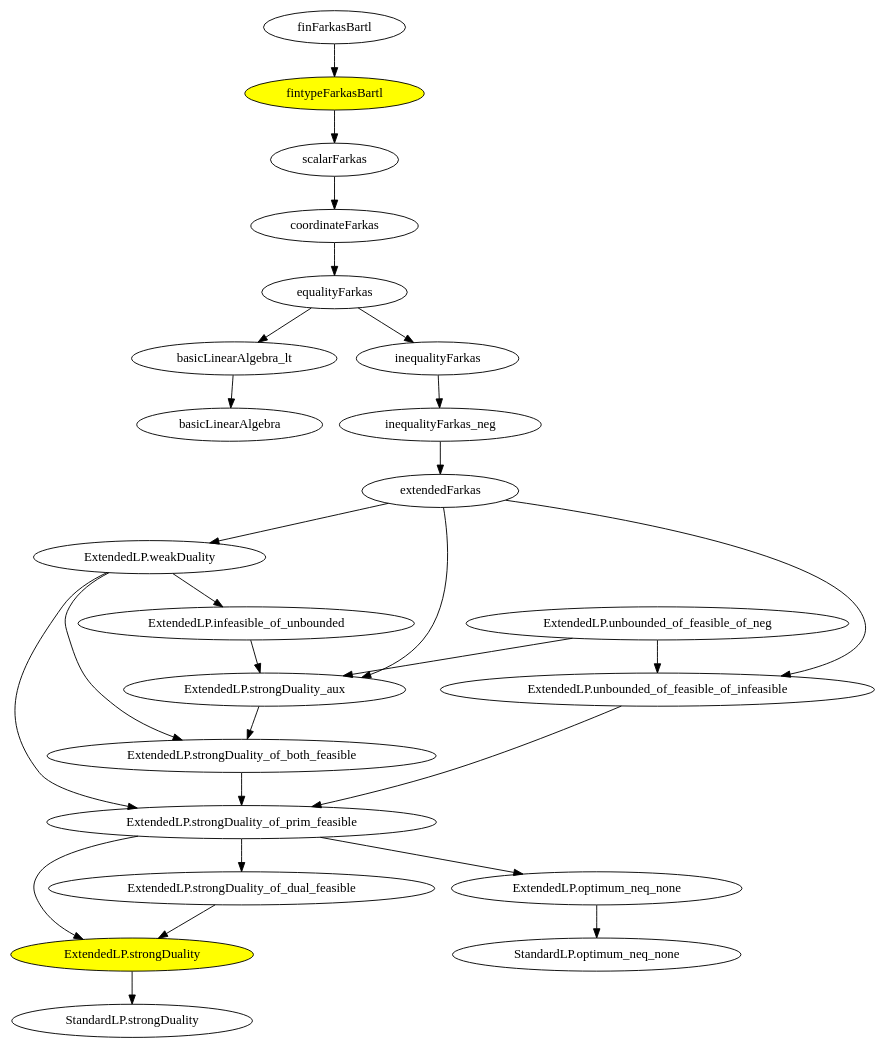
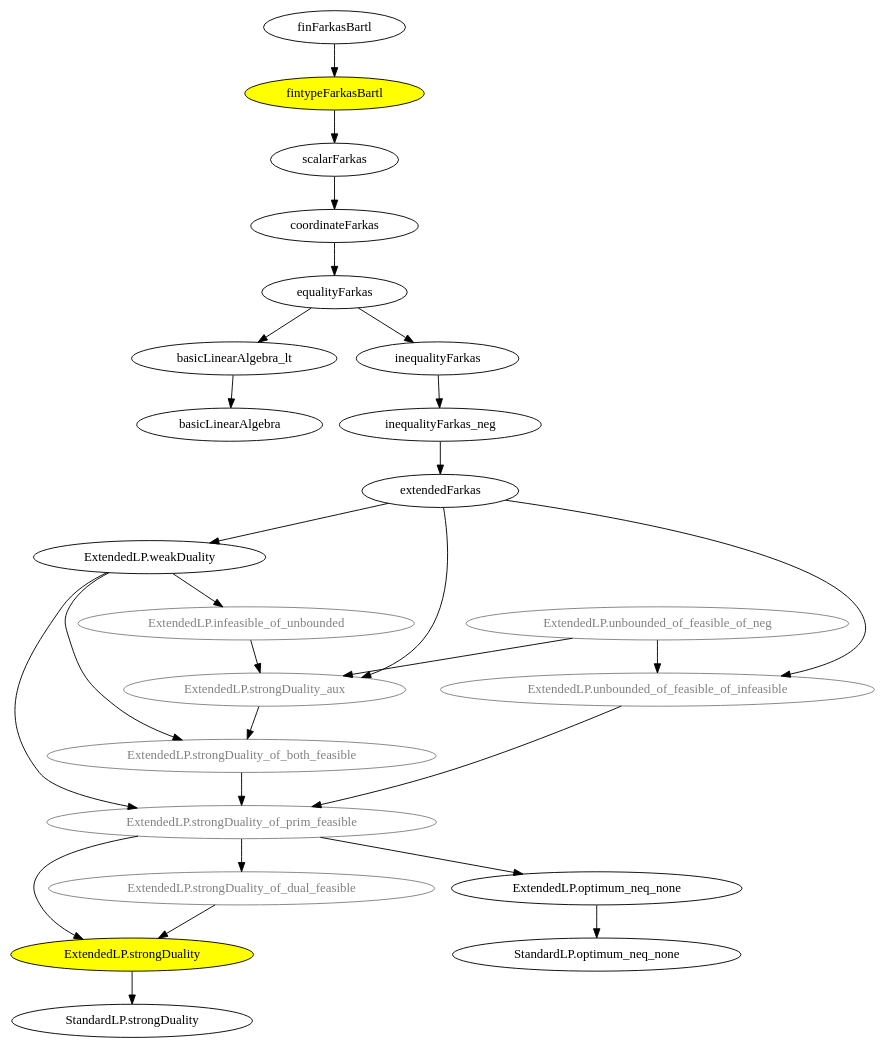
The diagram in theorems.dot (madvorak/duality), drawn with Graphviz before and after one commit. The commit also changed 4 other files, not shown here.

```diff
--- a/theorems.dot
+++ b/theorems.dot
@@ -1,31 +1,45 @@
 digraph G {
 
   finFarkasBartl -> fintypeFarkasBartl -> scalarFarkas -> coordinateFarkas -> equalityFarkas -> basicLinearAlgebra_lt -> basicLinearAlgebra 
 
   equalityFarkas -> inequalityFarkas -> inequalityFarkas_neg -> extendedFarkas -> "ExtendedLP.weakDuality"
   
   "ExtendedLP.strongDuality_aux" -> "ExtendedLP.strongDuality_of_both_feasible" -> "ExtendedLP.strongDuality_of_prim_feasible"
   
   extendedFarkas -> "ExtendedLP.strongDuality_aux"
   
   extendedFarkas -> "ExtendedLP.unbounded_of_feasible_of_infeasible"
   
   "ExtendedLP.weakDuality" -> "ExtendedLP.infeasible_of_unbounded" -> "ExtendedLP.strongDuality_aux"
   
   "ExtendedLP.weakDuality" -> "ExtendedLP.strongDuality_of_both_feasible"
   
   "ExtendedLP.weakDuality" -> "ExtendedLP.strongDuality_of_prim_feasible" -> "ExtendedLP.strongDuality_of_dual_feasible" -> "ExtendedLP.strongDuality"
   
   "ExtendedLP.strongDuality_of_prim_feasible" -> "ExtendedLP.strongDuality" -> "StandardLP.strongDuality"
   
   "ExtendedLP.unbounded_of_feasible_of_infeasible" -> "ExtendedLP.strongDuality_of_prim_feasible" -> "ExtendedLP.optimum_neq_none" -> "StandardLP.optimum_neq_none"
   
   "ExtendedLP.unbounded_of_feasible_of_neg" -> "ExtendedLP.strongDuality_aux"
   
   "ExtendedLP.unbounded_of_feasible_of_neg" -> "ExtendedLP.unbounded_of_feasible_of_infeasible"
   
   "fintypeFarkasBartl" [style=filled, fillcolor=yellow]
   
   "ExtendedLP.strongDuality" [style=filled, fillcolor=yellow]
+  
+  "ExtendedLP.infeasible_of_unbounded" [color=grey, fontcolor=grey]
+  
+  "ExtendedLP.strongDuality_aux" [color=grey, fontcolor=grey]
+  
+  "ExtendedLP.strongDuality_of_both_feasible" [color=grey, fontcolor=grey]
+  
+  "ExtendedLP.strongDuality_of_prim_feasible" [color=grey, fontcolor=grey]
+  
+  "ExtendedLP.strongDuality_of_dual_feasible" [color=grey, fontcolor=grey]
+  
+  "ExtendedLP.unbounded_of_feasible_of_neg" [color=grey, fontcolor=grey]
+  
+  "ExtendedLP.unbounded_of_feasible_of_infeasible" [color=grey, fontcolor=grey]
 
 }
```
